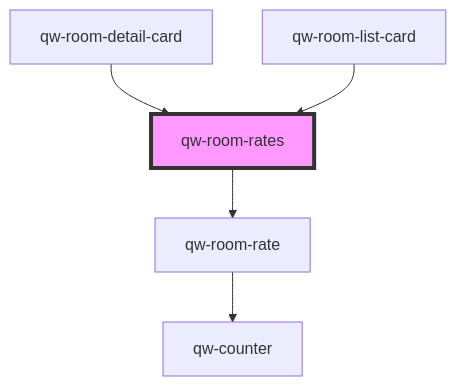
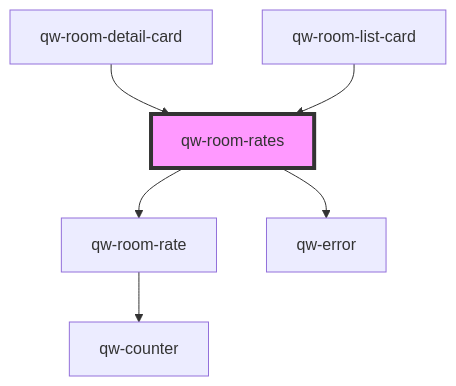
Before and after one commit to qwentes-team/qw-hotels: the diagram in src/components/qw-room-rates/readme.md, drawn with Mermaid. The commit also changed other lines of this file and 12 other files, not shown here.

````diff
--- a/src/components/qw-room-rates/readme.md
+++ b/src/components/qw-room-rates/readme.md
@@ -29,8 +30,9 @@
 ```mermaid
 graph TD;
   qw-room-rates --> qw-room-rate
+  qw-room-rates --> qw-error
   qw-room-rate --> qw-counter
   qw-room-detail-card --> qw-room-rates
   qw-room-list-card --> qw-room-rates
   style qw-room-rates fill:#f9f,stroke:#333,stroke-width:4px
 ```
````
